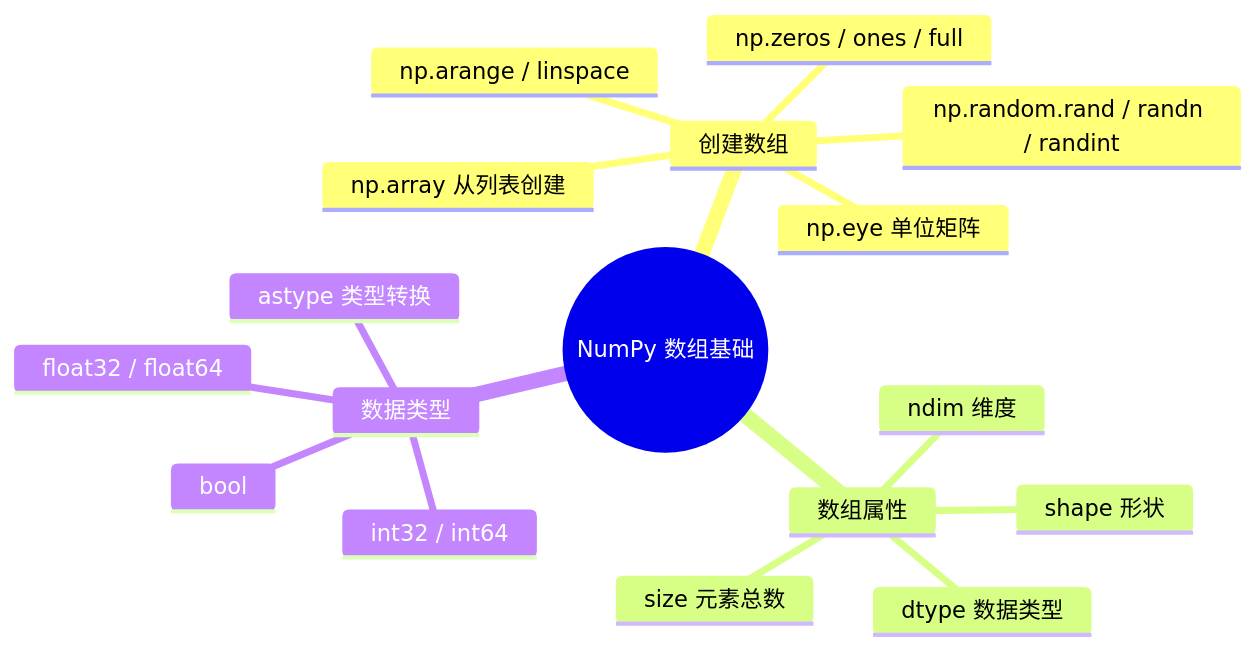
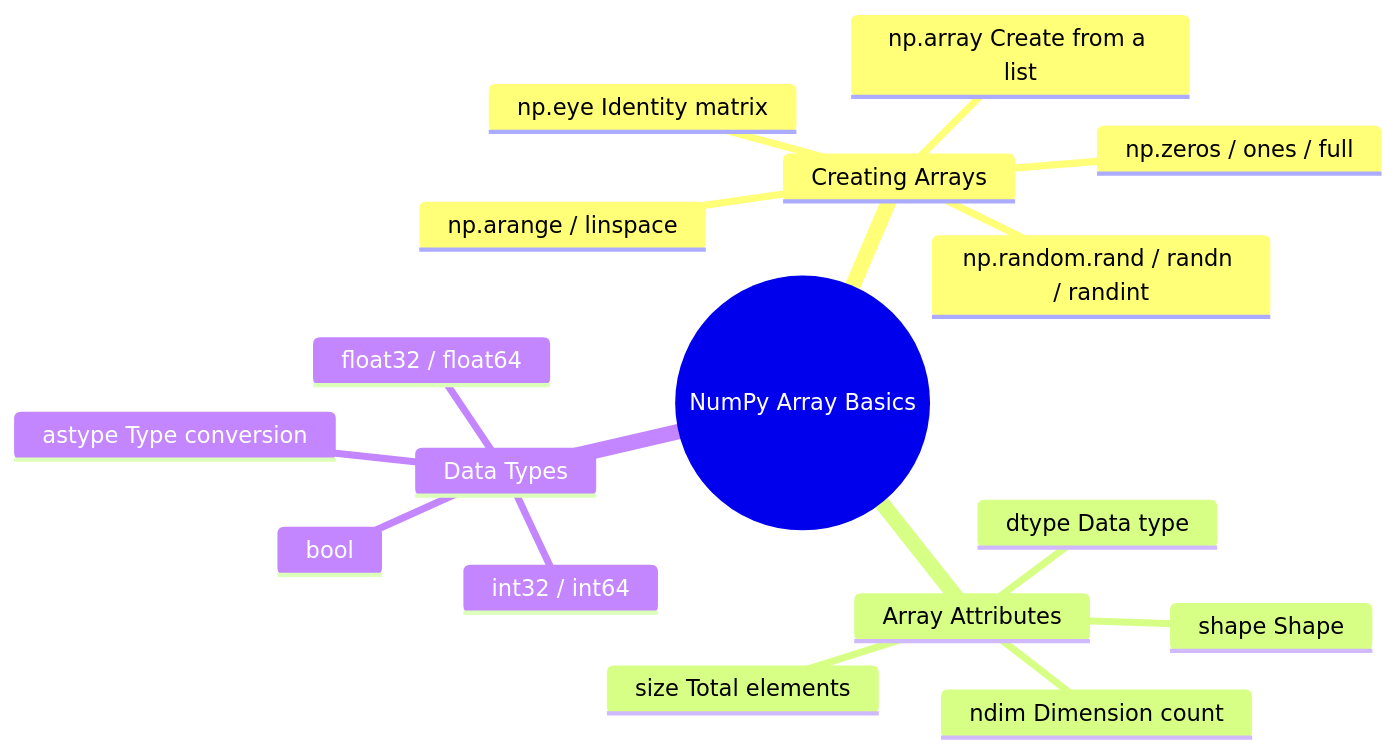
The diagram in docs/ch03-data-analysis/ch02-numpy/02-array-basics.md (oudbiao/AI-fullstack-course), drawn with Mermaid before and after one commit. The commit also changed other lines of this file and 1406 other files, not shown here.

````diff
--- a/docs/ch03-data-analysis/ch02-numpy/02-array-basics.md
+++ b/docs/ch03-data-analysis/ch02-numpy/02-array-basics.md
@@ -328,20 +328,20 @@
 ```mermaid
 mindmap
-  root((NumPy 数组基础))
-    创建数组
-      np.array 从列表创建
+  root((NumPy Array Basics))
+    Creating Arrays
+      np.array Create from a list
       np.zeros / ones / full
       np.arange / linspace
       np.random.rand / randn / randint
-      np.eye 单位矩阵
-    数组属性
-      shape 形状
-      ndim 维度
-      size 元素总数
-      dtype 数据类型
-    数据类型
+      np.eye Identity matrix
+    Array Attributes
+      shape Shape
+      ndim Dimension count
+      size Total elements
+      dtype Data type
+    Data Types
       int32 / int64
       float32 / float64
       bool
-      astype 类型转换
+      astype Type conversion
 ```
````
